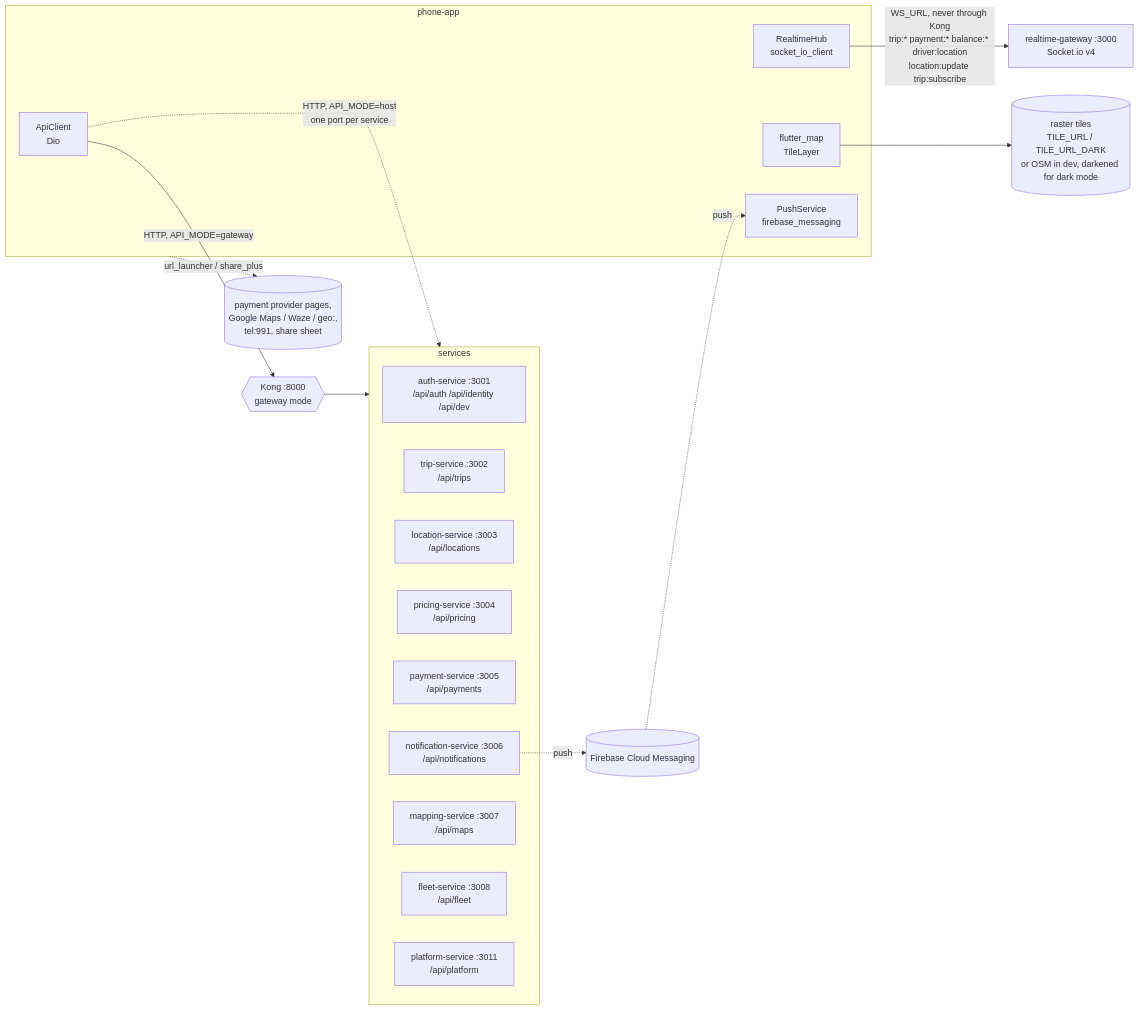
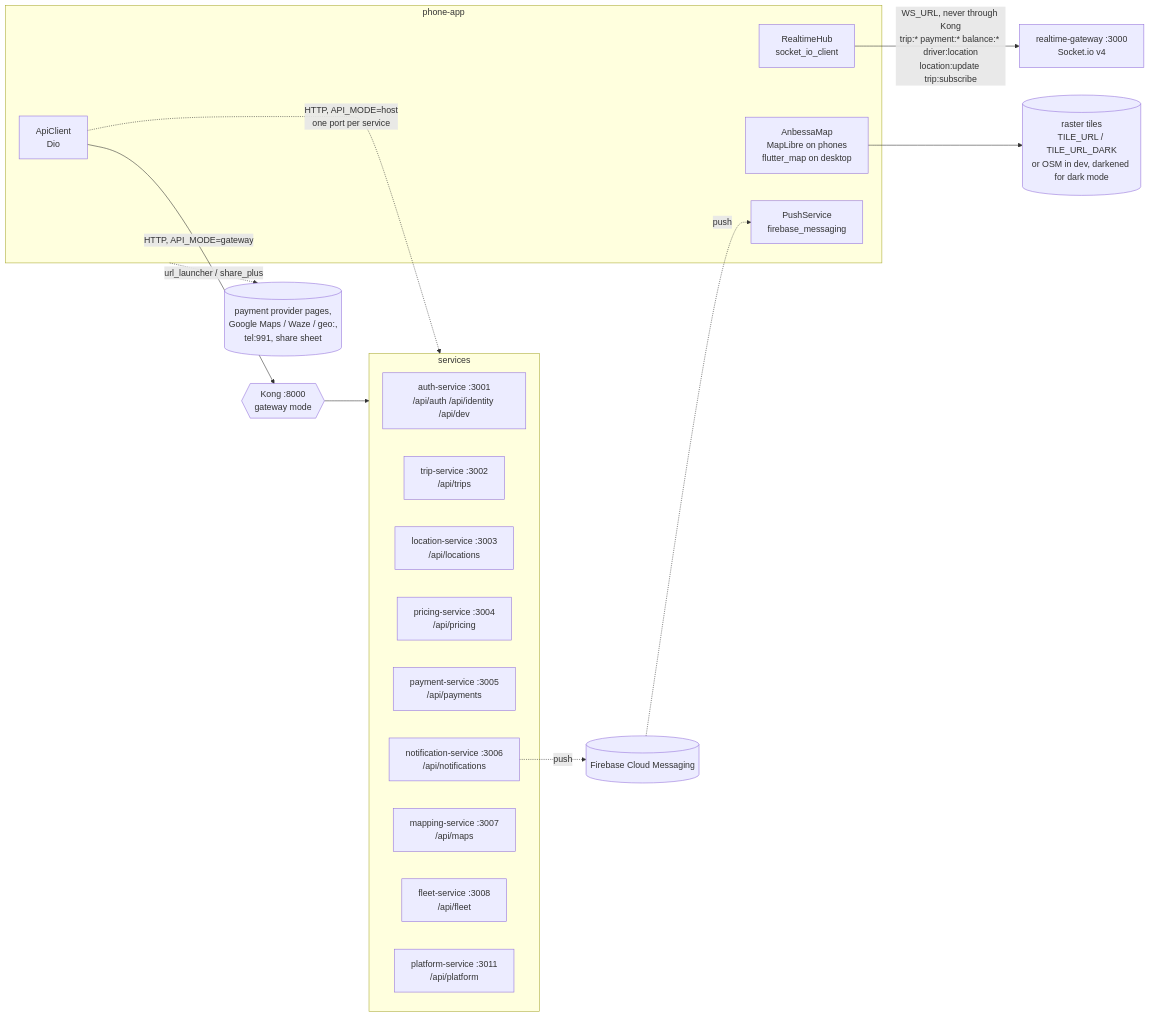
The diagram in apps/phone-app/docs/README.md (beab1212/Anbessa), drawn with Mermaid before and after one commit. The commit also changed other lines of this file and 65 other files, not shown here.

````diff
--- a/apps/phone-app/docs/README.md
+++ b/apps/phone-app/docs/README.md
@@ -27,38 +27,38 @@
 ```mermaid
 flowchart LR
   subgraph Phone["phone-app"]
     API[ApiClient<br/>Dio]
     HUB[RealtimeHub<br/>socket_io_client]
-    MAP[flutter_map<br/>TileLayer]
+    MAP[AnbessaMap<br/>MapLibre on phones<br/>flutter_map on desktop]
     PUSH[PushService<br/>firebase_messaging]
   end
 
   KONG{{Kong :8000<br/>gateway mode}}
   API -- "HTTP, API_MODE=gateway" --> KONG
   API -. "HTTP, API_MODE=host<br/>one port per service" .-> SVC
 
   subgraph SVC["services"]
     AUTH[auth-service :3001<br/>/api/auth /api/identity /api/dev]
     TRIP[trip-service :3002<br/>/api/trips]
     LOC[location-service :3003<br/>/api/locations]
     PRICE[pricing-service :3004<br/>/api/pricing]
     PAY[payment-service :3005<br/>/api/payments]
     NOTIF[notification-service :3006<br/>/api/notifications]
     MAPS[mapping-service :3007<br/>/api/maps]
     FLEET[fleet-service :3008<br/>/api/fleet]
     PLAT[platform-service :3011<br/>/api/platform]
   end
   KONG --> SVC
 
   RT[realtime-gateway :3000<br/>Socket.io v4]
   HUB -- "WS_URL, never through Kong<br/>trip:* payment:* balance:* driver:location<br/>location:update trip:subscribe" --> RT
 
   TILES[(raster tiles<br/>TILE_URL / TILE_URL_DARK<br/>or OSM in dev, darkened for dark mode)]
   MAP --> TILES
 
   FCM[(Firebase Cloud Messaging)]
   NOTIF -. push .-> FCM -. push .-> PUSH
 
   EXT[(payment provider pages,<br/>Google Maps / Waze / geo:,<br/>tel:991, share sheet)]
   Phone -. url_launcher / share_plus .-> EXT
 ```
````
